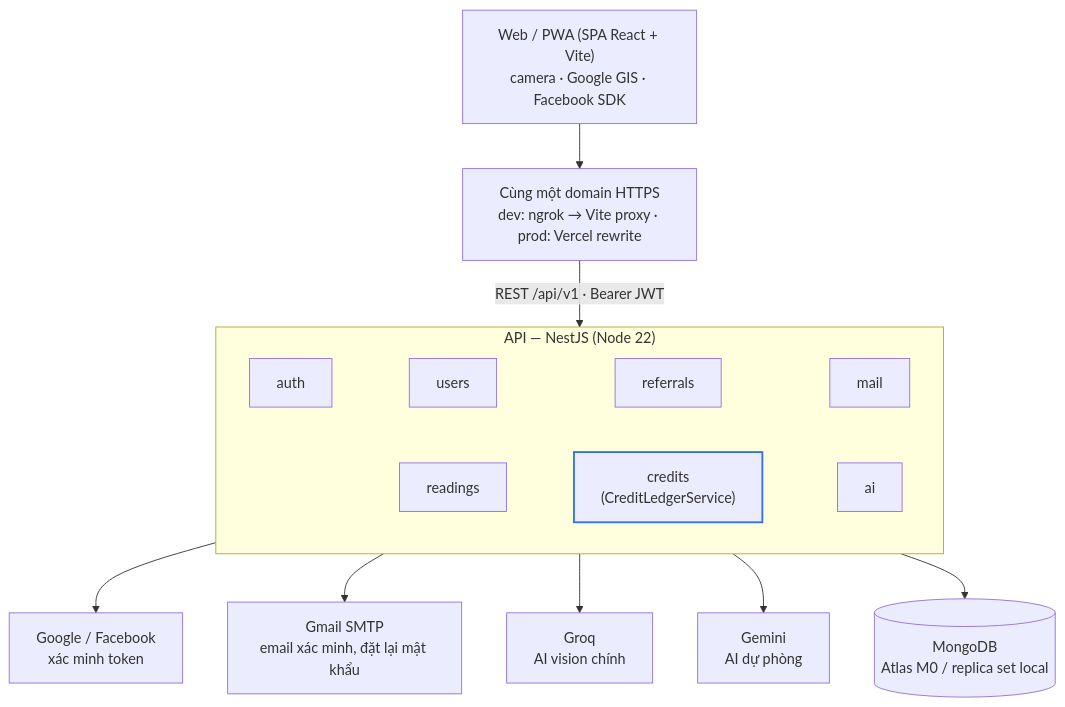
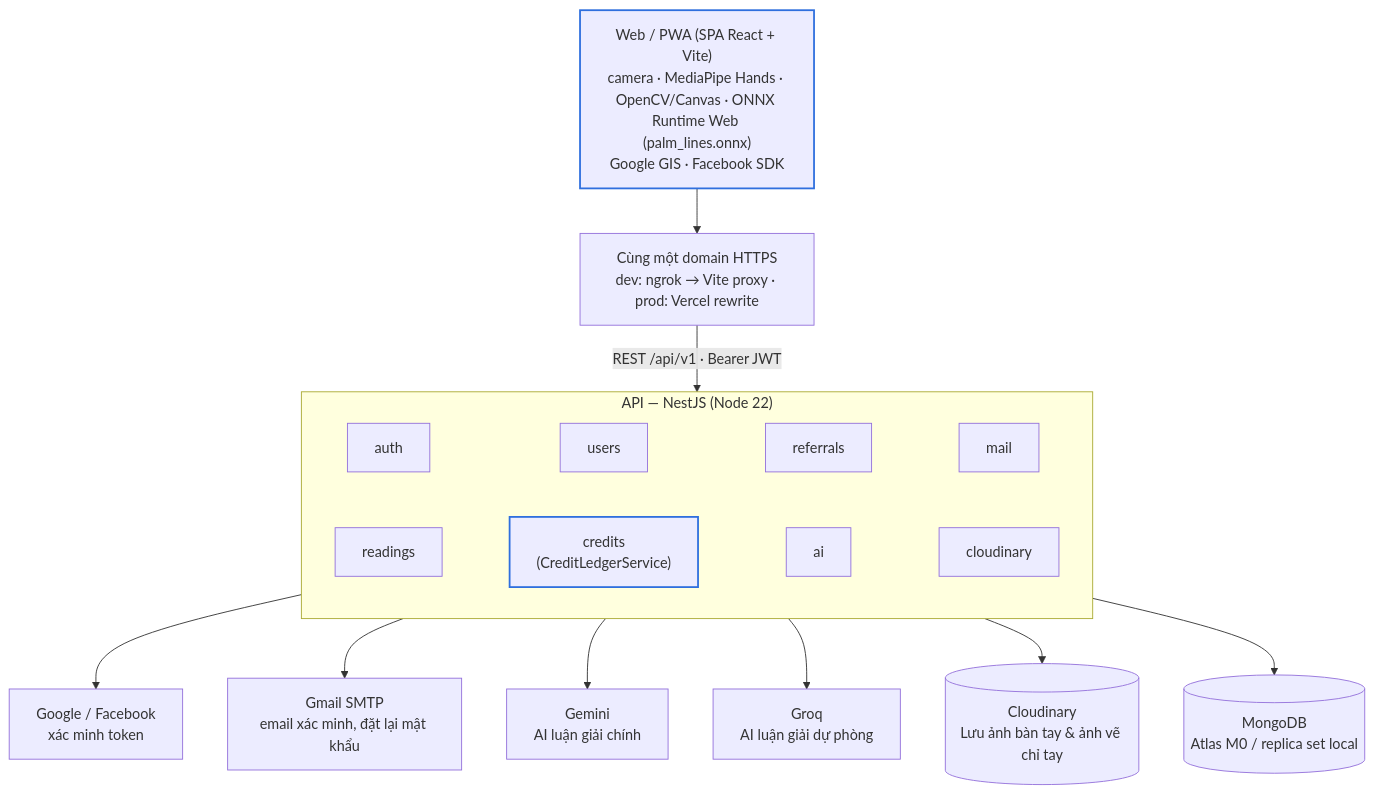
One commit to DucDMinh/PalmSight changed the diagram in docs/README.md. Above: the diagram before and after it, drawn with Mermaid. The commit also changed other lines of this file and 16 other files, not shown here.

````diff
--- a/docs/README.md
+++ b/docs/README.md
@@ -44,25 +46,27 @@
 ```mermaid
 flowchart TB
-    client["Web / PWA (SPA React + Vite)<br/>camera · Google GIS · Facebook SDK"]
+    client["Web / PWA (SPA React + Vite)<br/>camera · MediaPipe Hands · OpenCV/Canvas · ONNX Runtime Web (palm_lines.onnx)<br/>Google GIS · Facebook SDK"]
     ngrok["Cùng một domain HTTPS<br/>dev: ngrok → Vite proxy · prod: Vercel rewrite"]
     subgraph api["API — NestJS (Node 22)"]
         direction LR
         auth[auth] ~~~ users[users] ~~~ referrals[referrals] ~~~ mail[mail]
-        readings[readings] ~~~ credits["credits<br/>(CreditLedgerService)"] ~~~ ai[ai]
+        readings[readings] ~~~ credits["credits<br/>(CreditLedgerService)"] ~~~ ai[ai] ~~~ cloudinary[cloudinary]
     end
     oauth["Google / Facebook<br/>xác minh token"]
     smtp["Gmail SMTP<br/>email xác minh, đặt lại mật khẩu"]
-    groq["Groq<br/>AI vision chính"]
-    gemini["Gemini<br/>AI dự phòng"]
+    gemini["Gemini<br/>AI luận giải chính"]
+    groq["Groq<br/>AI luận giải dự phòng"]
+    cloud[("Cloudinary<br/>Lưu ảnh bàn tay & ảnh vẽ chỉ tay")]
     mongo[("MongoDB<br/>Atlas M0 / replica set local")]
 
     client --> ngrok -->|"REST /api/v1 · Bearer JWT"| api
     api --> oauth
     api --> smtp
+    api --> gemini
     api --> groq
-    api --> gemini
+    api --> cloud
     api --> mongo
 
     classDef accent stroke:#2f6fde,stroke-width:2px
-    class credits accent
+    class credits,client accent
 ```
````
